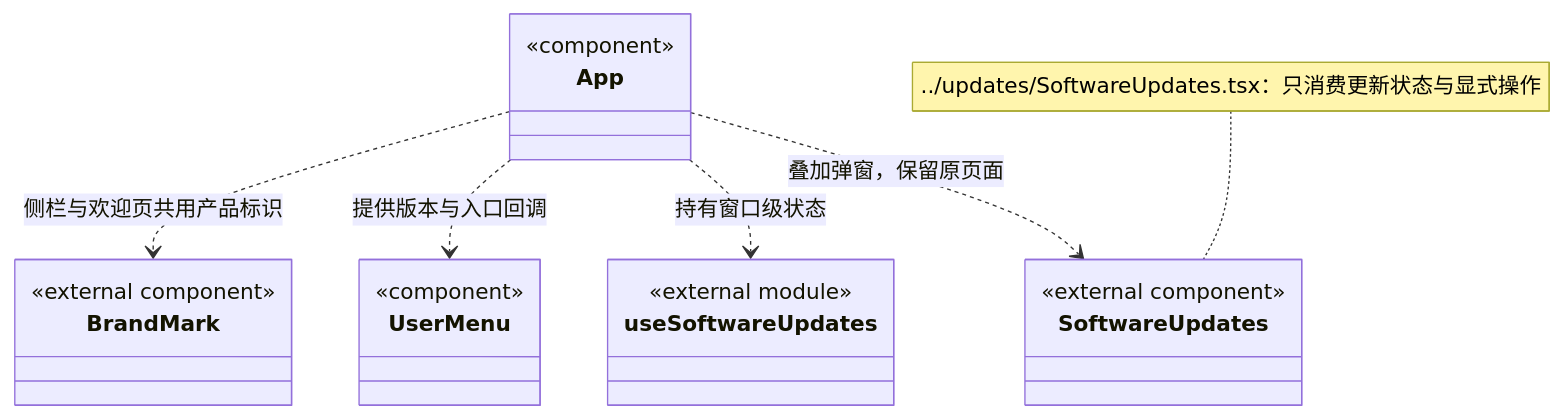
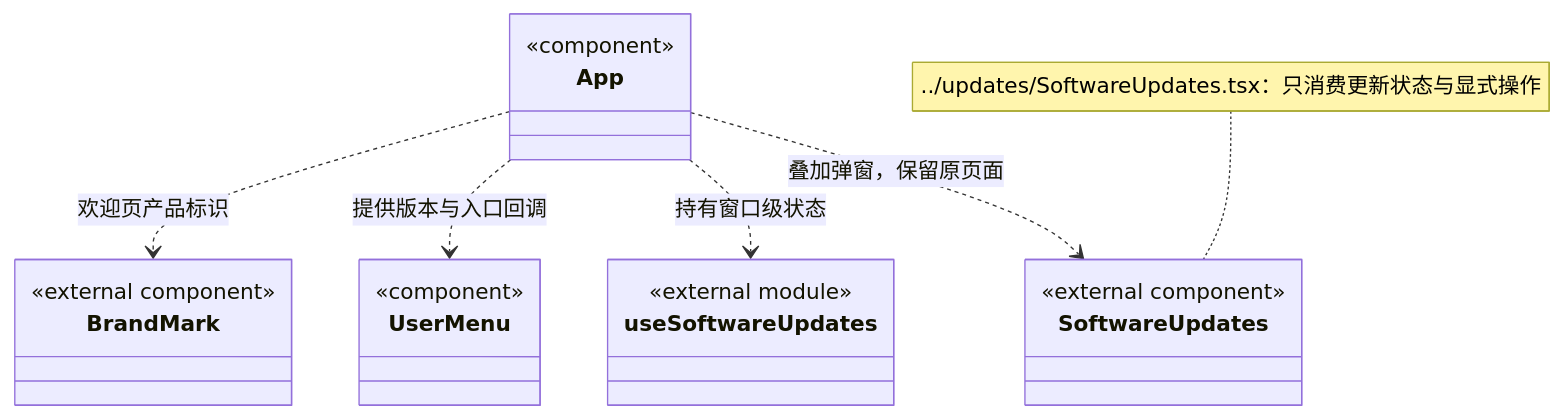
Before and after one commit to nan023062/cbim: diagram 18 of 18 in src/frontend/shell/ARCHITECTURE.md, drawn with Mermaid. The commit also changed other lines of this file and 4 other files, not shown here.

````diff
--- a/src/frontend/shell/ARCHITECTURE.md
+++ b/src/frontend/shell/ARCHITECTURE.md
@@ -339,13 +339,13 @@
 ```mermaid
 classDiagram
 class App { <<component>> }
 class UserMenu { <<component>> }
 class SoftwareUpdates { <<external component>> }
 class useSoftwareUpdates { <<external module>> }
 class BrandMark { <<external component>> }
-App ..> BrandMark : 侧栏与欢迎页共用产品标识
+App ..> BrandMark : 欢迎页产品标识
 App ..> UserMenu : 提供版本与入口回调
 App ..> useSoftwareUpdates : 持有窗口级状态
 App ..> SoftwareUpdates : 叠加弹窗，保留原页面
 note for SoftwareUpdates "../updates/SoftwareUpdates.tsx：只消费更新状态与显式操作"
 ```
````
